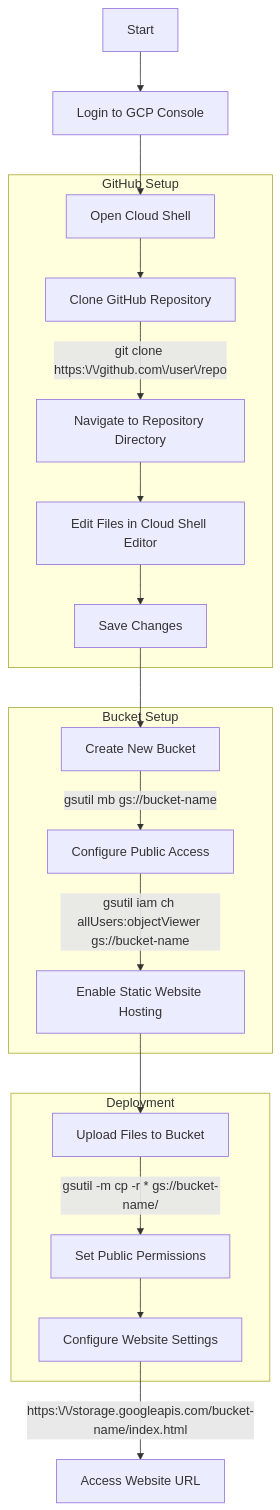
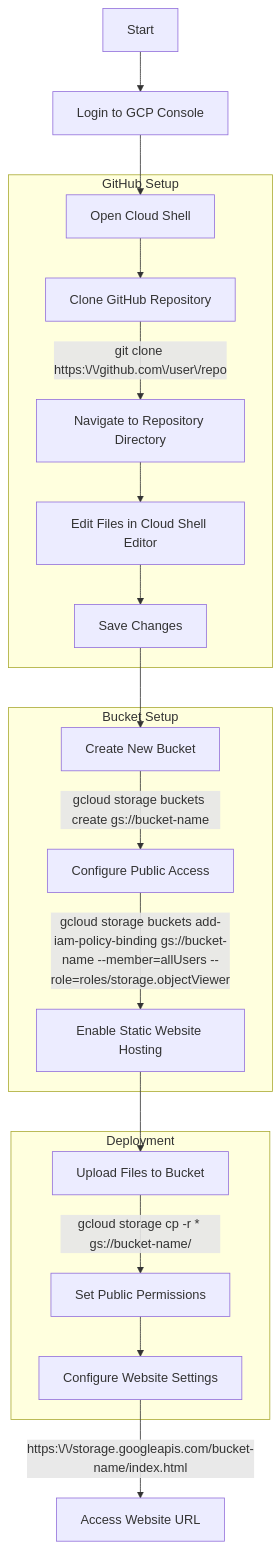
The diagram in README.md (pr0PM/my-gcp-website), drawn with Mermaid before and after one commit. The commit also changed other lines of this file, not shown here.

````diff
--- a/README.md
+++ b/README.md
@@ -15,34 +15,34 @@
 ```mermaid
 graph TD
     A[Start] --> B[Login to GCP Console]
     B --> C[Open Cloud Shell]
     
     subgraph "GitHub Setup"
         C --> D[Clone GitHub Repository]
         E[Navigate to Repository Directory]
         E --> F[Edit Files in Cloud Shell Editor]
         F --> G[Save Changes]
     end
     
     subgraph "Bucket Setup"
         G --> H[Create New Bucket]
         I[Configure Public Access]
         J[Enable Static Website Hosting]
     end
     
     subgraph "Deployment"
         J --> K[Upload Files to Bucket]
         L[Set Public Permissions]
         L --> M[Configure Website Settings]
     end
     
     N[Access Website URL]
 
 
     %% Command Details
     D -- "git clone https:\/\/github.com\/user\/repo" --> E
-    H -- "gsutil mb gs://bucket-name" --> I
-    I -- "gsutil iam ch allUsers:objectViewer gs://bucket-name" --> J
-    K -- "gsutil -m cp -r * gs://bucket-name/" --> L
+    H -- "gcloud storage buckets create gs://bucket-name" --> I
+    I -- "gcloud storage buckets add-iam-policy-binding gs://bucket-name --member=allUsers --role=roles/storage.objectViewer" --> J
+    K -- "gcloud storage cp -r * gs://bucket-name/" --> L
     M -- "https:\/\/storage.googleapis.com/bucket-name/index.html" --> N
 ```
````
